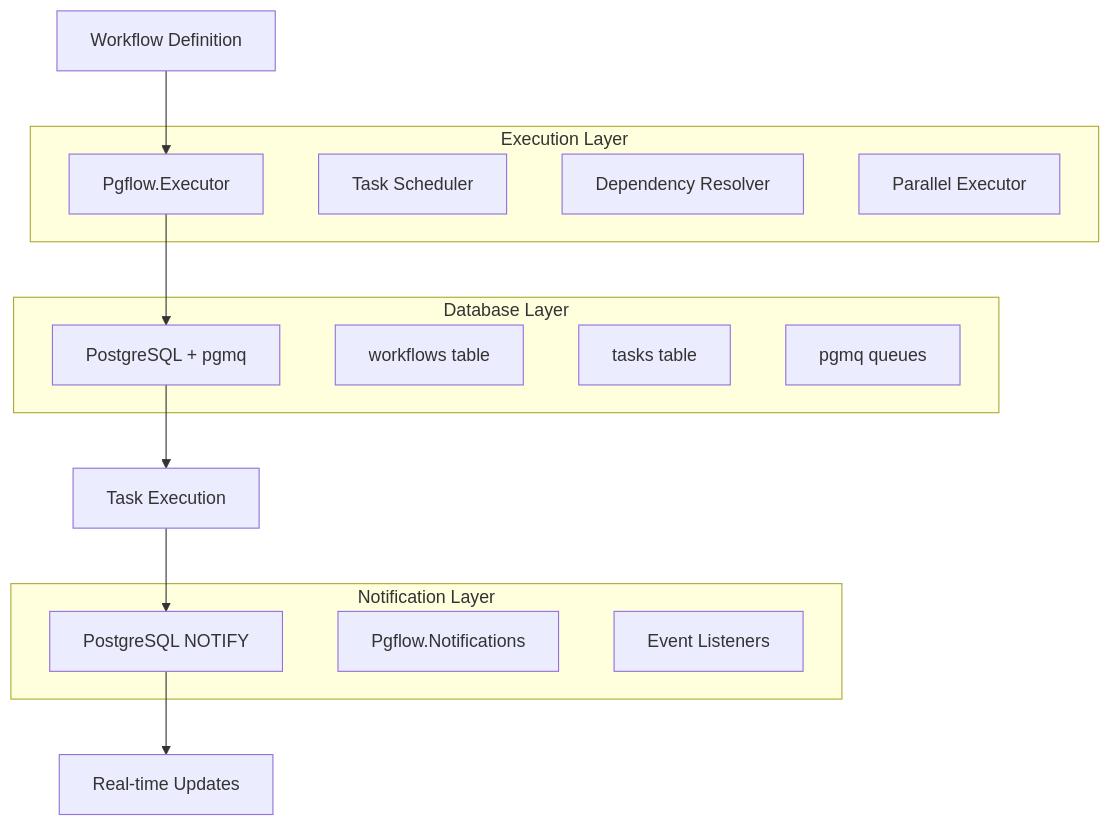
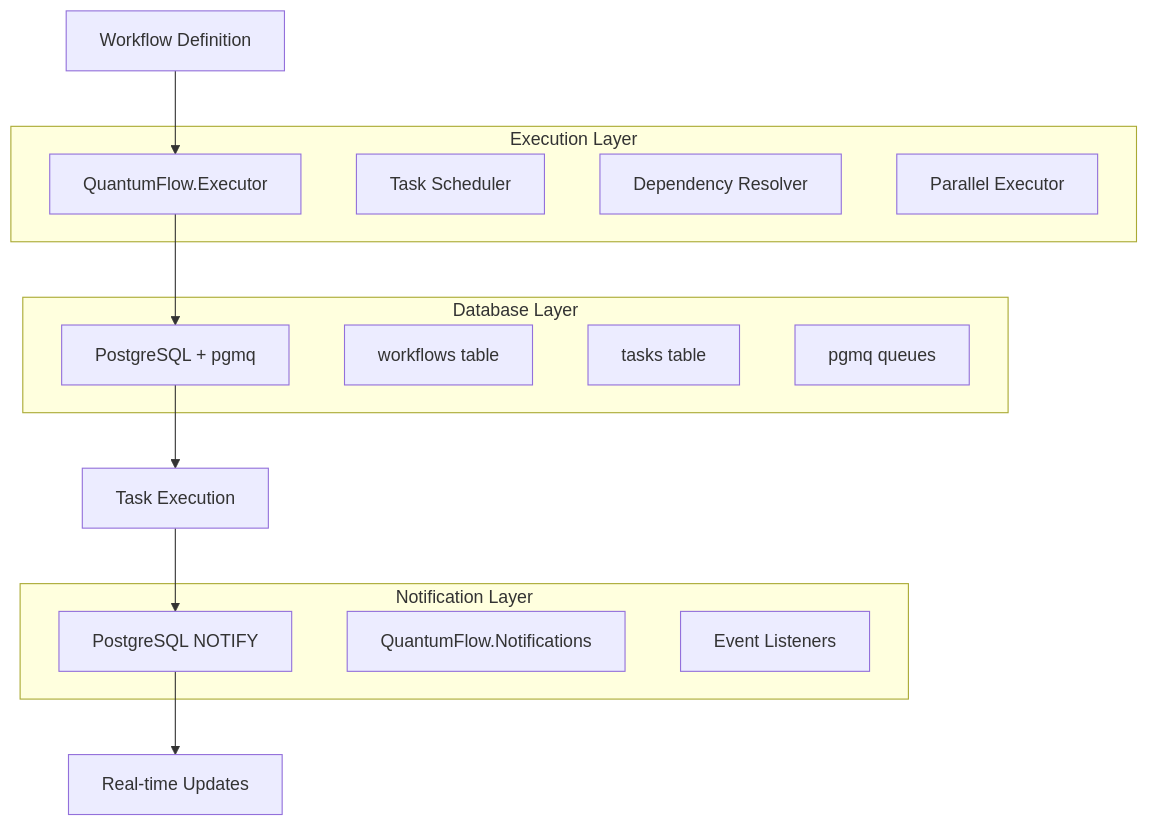
Before and after one commit to Singularity-ng/singularity-workflows: the diagram in README.md, drawn with Mermaid. The commit also changed other lines of this file and 410 other files, not shown here.

First line of the commit message:
Rename ex_pgflow package to ex_quantum_flow

````diff
--- a/README.md
+++ b/README.md
@@ -99,28 +99,28 @@
 ```mermaid
 graph TB
-    A[Workflow Definition] --> B[Pgflow.Executor]
+    A[Workflow Definition] --> B[QuantumFlow.Executor]
     B --> C[PostgreSQL + pgmq]
     C --> D[Task Execution]
     D --> E[PostgreSQL NOTIFY]
     E --> F[Real-time Updates]
     
     subgraph "Database Layer"
         C
         G[workflows table]
         H[tasks table]
         I[pgmq queues]
     end
     
     subgraph "Execution Layer"
         B
         J[Task Scheduler]
         K[Dependency Resolver]
         L[Parallel Executor]
     end
     
     subgraph "Notification Layer"
         E
-        M[Pgflow.Notifications]
+        M[QuantumFlow.Notifications]
         N[Event Listeners]
     end
 ```
````
